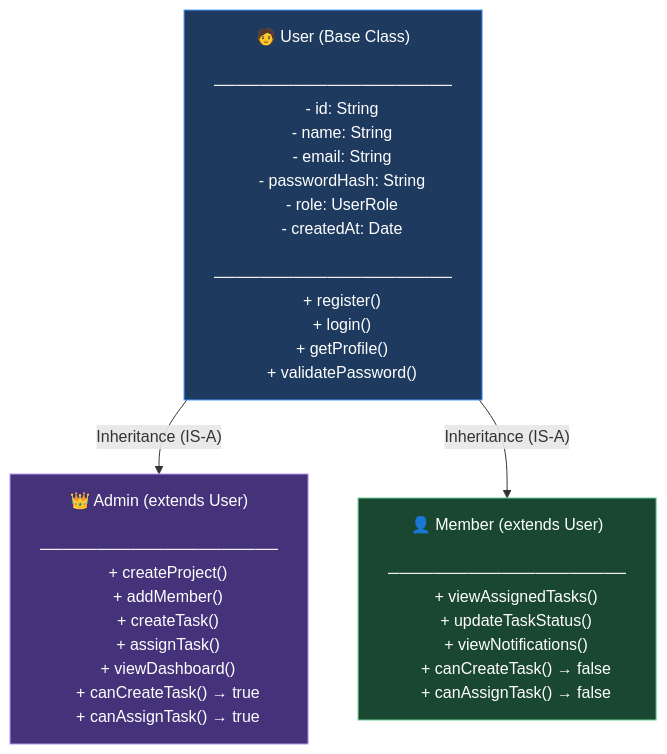
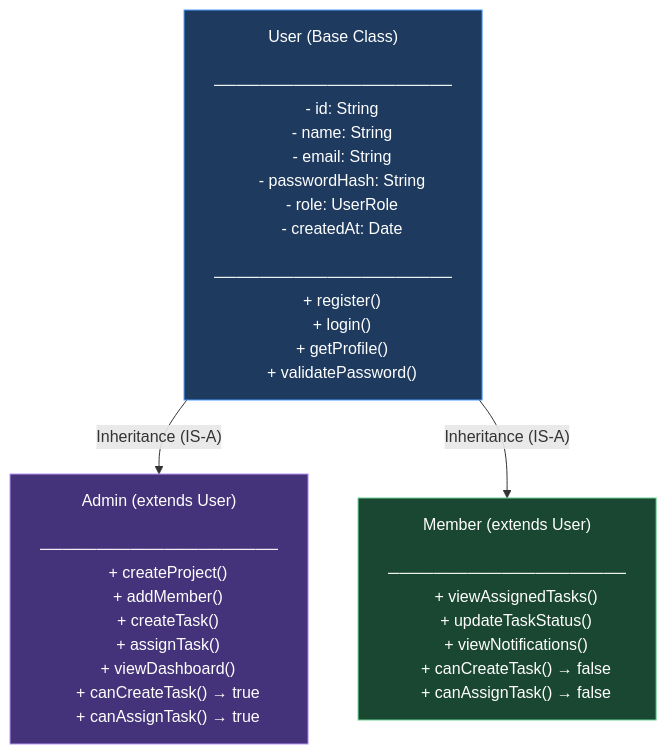
The second of 3 diagrams in classDiagram.md (VIPAX-JIT/TaskFlow), drawn with Mermaid before and after one commit. The commit also changed 4 other files, not shown here.

Commit message:
sequenceDiagram changes..FLowchart Added

````diff
--- a/classDiagram.md
+++ b/classDiagram.md
@@ -228,41 +228,41 @@
 ```mermaid
 flowchart TD
-    U["🧑 User (Base Class)
+    U[" User (Base Class)
     ─────────────────────
     - id: String
     - name: String
     - email: String
     - passwordHash: String
     - role: UserRole
     - createdAt: Date
     ─────────────────────
     + register()
     + login()
     + getProfile()
     + validatePassword()"]
 
-    A["👑 Admin (extends User)
+    A[" Admin (extends User)
     ─────────────────────
     + createProject()
     + addMember()
     + createTask()
     + assignTask()
     + viewDashboard()
     + canCreateTask() → true
     + canAssignTask() → true"]
 
-    M["👤 Member (extends User)
+    M[" Member (extends User)
     ─────────────────────
     + viewAssignedTasks()
     + updateTaskStatus()
     + viewNotifications()
     + canCreateTask() → false
     + canAssignTask() → false"]
 
     U -->|"Inheritance (IS-A)"| A
     U -->|"Inheritance (IS-A)"| M
 
     style U fill:#1e3a5f,stroke:#4a9eff,color:#fff
     style A fill:#44337a,stroke:#b794f4,color:#fff
     style M fill:#1a4731,stroke:#68d391,color:#fff
 ```
````
